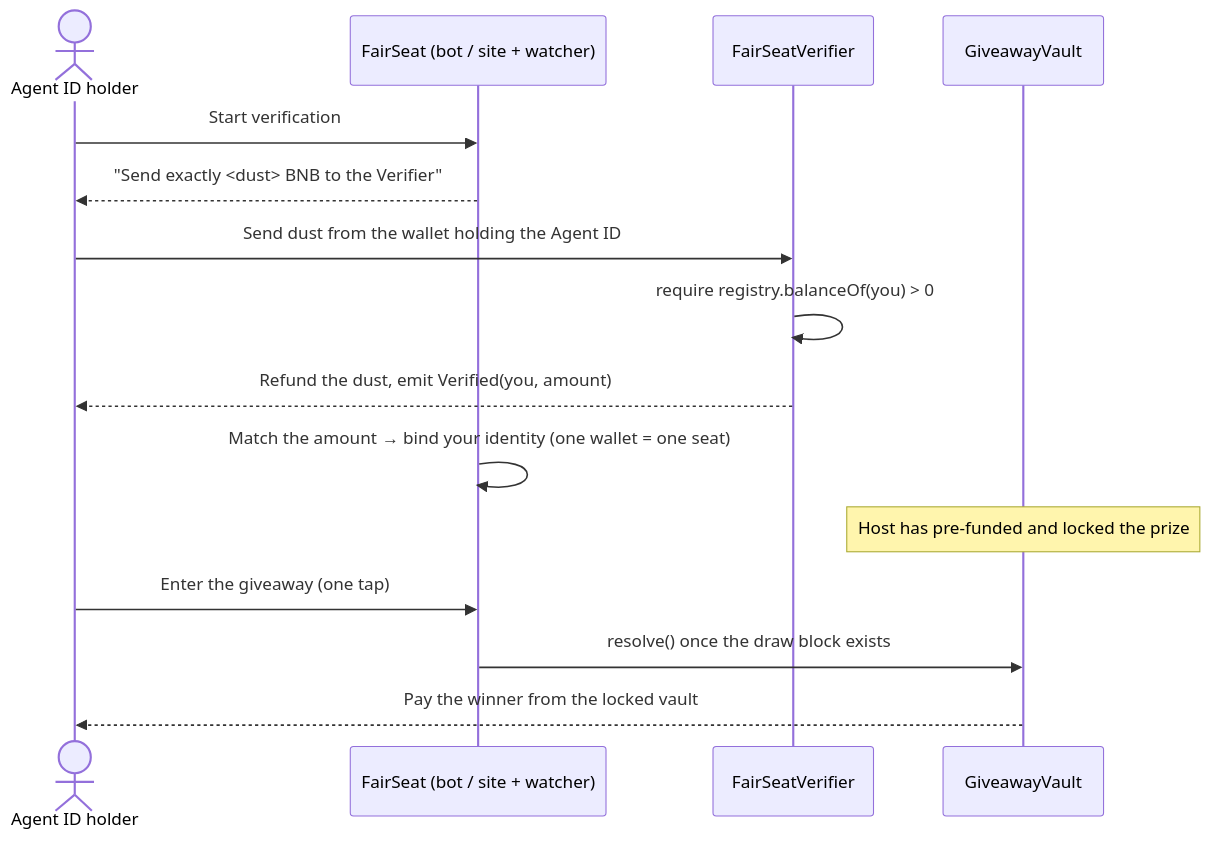
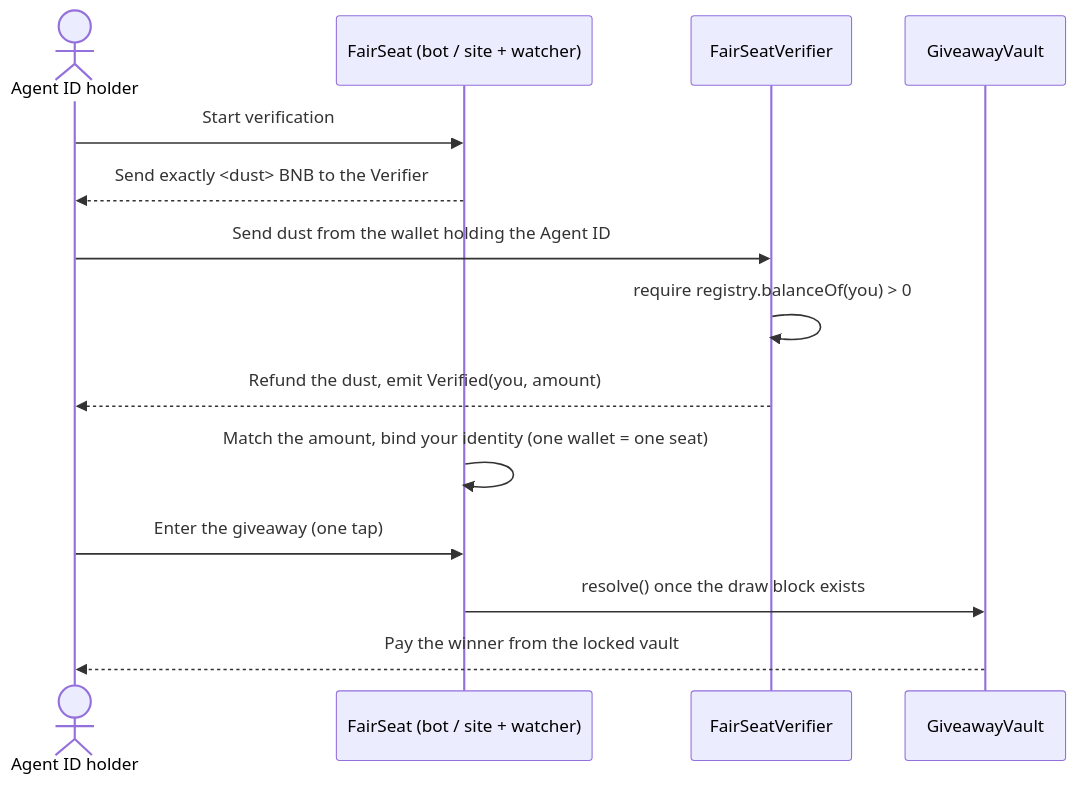
One commit to Investorquab/FairSeat changed the first of 2 diagrams in README.md. Above: the diagram before and after it, drawn with Mermaid. The commit also changed other lines of this file and 38 other files, not shown here.

````diff
--- a/README.md
+++ b/README.md
@@ -60,17 +42,16 @@
 ```mermaid
 sequenceDiagram
     actor U as Agent ID holder
     participant F as FairSeat (bot / site + watcher)
     participant V as FairSeatVerifier
     participant Va as GiveawayVault
     U->>F: Start verification
-    F-->>U: "Send exactly <dust> BNB to the Verifier"
+    F-->>U: Send exactly <dust> BNB to the Verifier
     U->>V: Send dust from the wallet holding the Agent ID
     V->>V: require registry.balanceOf(you) > 0
     V-->>U: Refund the dust, emit Verified(you, amount)
-    F->>F: Match the amount → bind your identity (one wallet = one seat)
-    Note over Va: Host has pre-funded and locked the prize
+    F->>F: Match the amount, bind your identity (one wallet = one seat)
     U->>F: Enter the giveaway (one tap)
     F->>Va: resolve() once the draw block exists
     Va-->>U: Pay the winner from the locked vault
 ```
````
